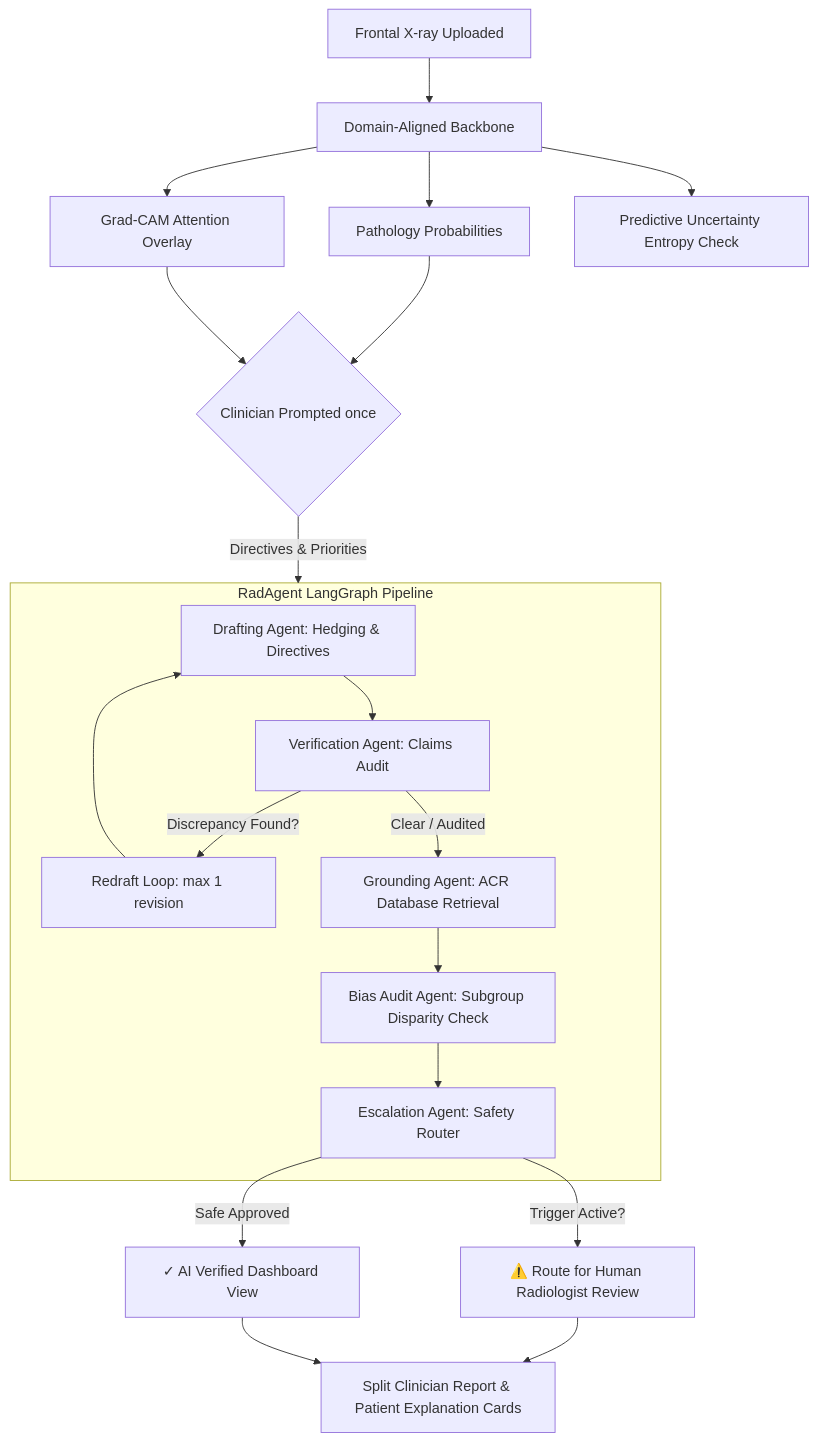
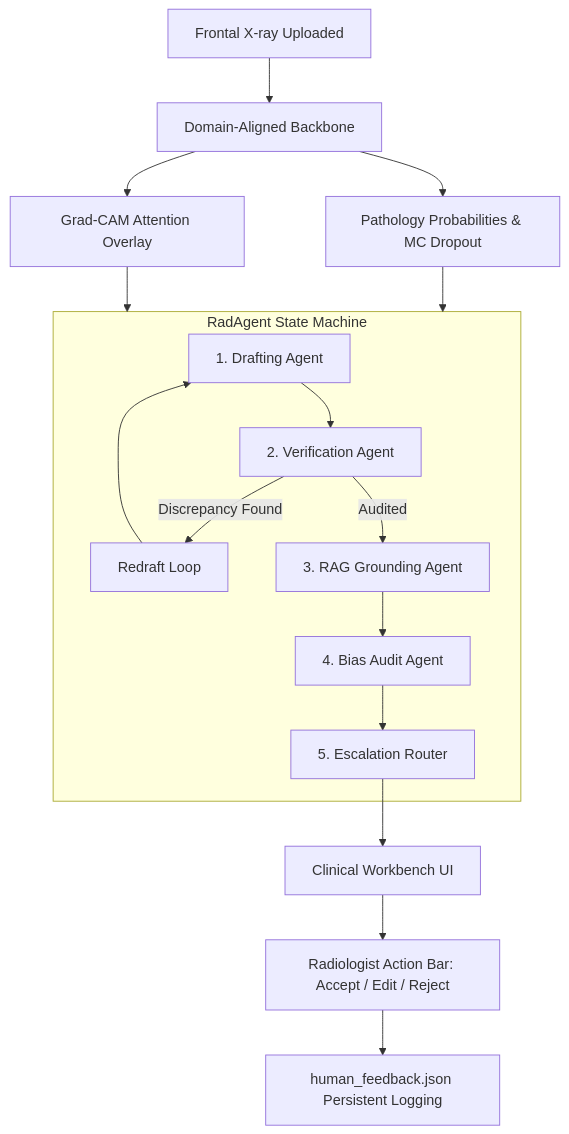
Before and after one commit to Sharan-kondi/Domain-Robust-Chest-X-ray-Diagnosis-Pipeline: the diagram in README.md, drawn with Mermaid. The commit also changed other lines of this file, not shown here.

Commit message:
docs: Update README with Tier 1-3 statistical rigor, ablation study, AI security, PHI audit, HITL UI, and PAPER.md link

````diff
--- a/README.md
+++ b/README.md
@@ -47,29 +90,21 @@
 ```mermaid
 graph TD
-    %% Input and Neural Engine
     Upload[Frontal X-ray Uploaded] --> Model[Domain-Aligned Backbone]
-    Model --> Predictions[Pathology Probabilities]
+    Model --> Predictions[Pathology Probabilities & MC Dropout]
     Model --> GradCAM[Grad-CAM Attention Overlay]
-    Model --> Entropy[Predictive Uncertainty Entropy Check]
 
-    %% User Interaction
-    Predictions & GradCAM --> RAGPrompt{Clinician Prompted once}
-    RAGPrompt -- "Directives & Priorities" --> RadAgent[RadAgent State Machine]
+    Predictions & GradCAM --> RadAgent[RadAgent State Machine]
 
-    %% Multi-Agent LangGraph Pipeline
-    subgraph RadAgent [RadAgent LangGraph Pipeline]
-        Draft[Drafting Agent: Hedging & Directives] --> Verify[Verification Agent: Claims Audit]
-        Verify -- Discrepancy Found? --> Redraft[Redraft Loop: max 1 revision]
+    subgraph RadAgent [RadAgent State Machine]
+        Draft[1. Drafting Agent] --> Verify[2. Verification Agent]
+        Verify -- Discrepancy Found --> Redraft[Redraft Loop]
         Redraft --> Draft
-        Verify -- Clear / Audited --> Ground[Grounding Agent: ACR Database Retrieval]
-        Ground --> Bias[Bias Audit Agent: Subgroup Disparity Check]
-        Bias --> Escalate[Escalation Agent: Safety Router]
+        Verify -- Audited --> Ground[3. RAG Grounding Agent]
+        Ground --> Bias[4. Bias Audit Agent]
+        Bias --> Escalate[5. Escalation Router]
     end
 
-    %% Routing Decisions
-    Escalate -- Trigger Active? --> HumanReview[⚠️ Route for Human Radiologist Review]
-    Escalate -- Safe Approved --> AutoVerify[✓ AI Verified Dashboard View]
-
-    %% Outputs
-    HumanReview & AutoVerify --> Output[Split Clinician Report & Patient Explanation Cards]
+    Escalate --> UI[Clinical Workbench UI]
+    UI --> HITL[Radiologist Action Bar: Accept / Edit / Reject]
+    HITL --> FeedbackStorage[human_feedback.json Persistent Logging]
 ```
````
